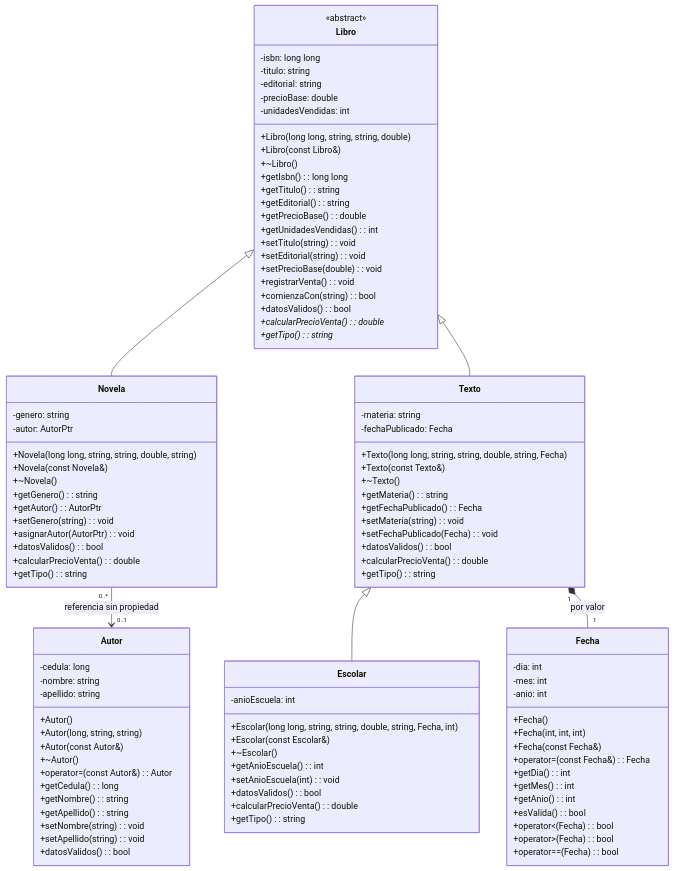
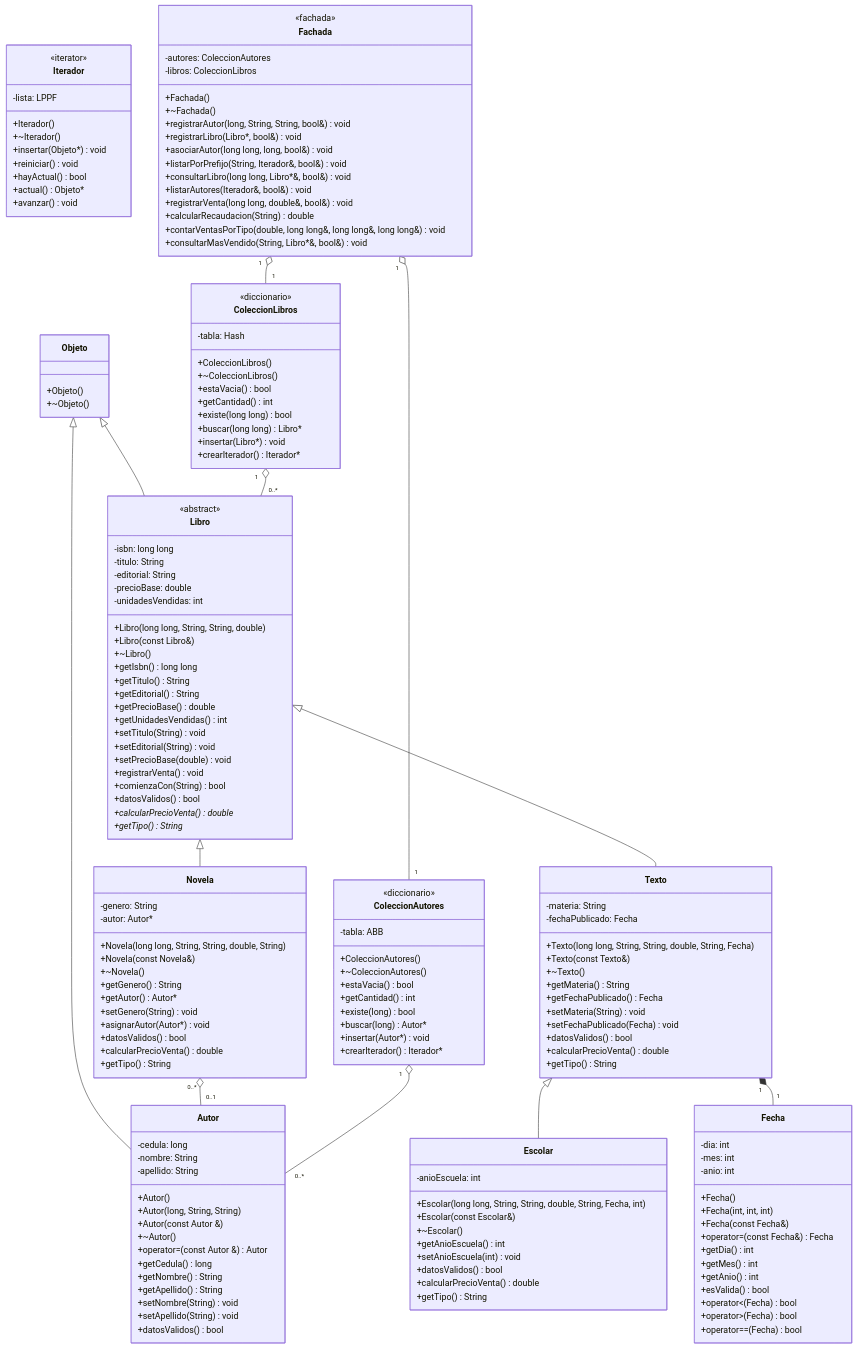
The second of 2 diagrams in README.md (matiasmirenda/ObligatorioP4), drawn with Mermaid before and after one commit. The commit also changed other lines of this file, not shown here.

````diff
--- a/README.md
+++ b/README.md
@@ -81,84 +212,88 @@
 ```mermaid
 classDiagram
     direction TB
+    class Objeto {
+        +Objeto()
+        +~Objeto()
+    }
     class Libro {
         <<abstract>>
         -isbn: long long
-        -titulo: string
-        -editorial: string
+        -titulo: String
+        -editorial: String
         -precioBase: double
         -unidadesVendidas: int
-        +Libro(long long, string, string, double)
+        +Libro(long long, String, String, double)
         +Libro(const Libro&)
         +~Libro()
-        +getIsbn(): long long
-        +getTitulo(): string
-        +getEditorial(): string
-        +getPrecioBase(): double
-        +getUnidadesVendidas(): int
-        +setTitulo(string): void
-        +setEditorial(string): void
-        +setPrecioBase(double): void
-        +registrarVenta(): void
-        +comienzaCon(string): bool
-        +datosValidos(): bool
-        +calcularPrecioVenta(): double*
-        +getTipo(): string*
+        +getIsbn() long long
+        +getTitulo() String
+        +getEditorial() String
+        +getPrecioBase() double
+        +getUnidadesVendidas() int
+        +setTitulo(String) void
+        +setEditorial(String) void
+        +setPrecioBase(double) void
+        +registrarVenta() void
+        +comienzaCon(String) bool
+        +datosValidos() bool
+        +calcularPrecioVenta()* double
+        +getTipo()* String
     }
     class Novela {
-        -genero: string
-        -autor: AutorPtr
-        +Novela(long long, string, string, double, string)
+        -genero: String
+        -autor: Autor#42;
+        +Novela(long long, String, String, double, String)
         +Novela(const Novela&)
         +~Novela()
-        +getGenero(): string
-        +getAutor(): AutorPtr
-        +setGenero(string): void
-        +asignarAutor(AutorPtr): void
-        +datosValidos(): bool
-        +calcularPrecioVenta(): double
-        +getTipo(): string
+        +getGenero() String
+        +getAutor() Autor#42;
+        +setGenero(String) void
+        +asignarAutor(Autor#42;) void
+        +datosValidos() bool
+        +calcularPrecioVenta() double
+        +getTipo() String
     }
     class Texto {
-        -materia: string
+        -materia: String
         -fechaPublicado: Fecha
-        +Texto(long long, string, string, double, string, Fecha)
+        +Texto(long long, String, String, double, String, Fecha)
         +Texto(const Texto&)
         +~Texto()
-        +getMateria(): string
-        +getFechaPublicado(): Fecha
-        +setMateria(string): void
-        +setFechaPublicado(Fecha): void
-        +datosValidos(): bool
-        +calcularPrecioVenta(): double
-        +getTipo(): string
+        +getMateria() String
+        +getFechaPublicado() Fecha
+        +setMateria(String) void
+        +setFechaPublicado(Fecha) void
+        +datosValidos() bool
+        +calcularPrecioVenta() double
+        +getTipo() String
     }
     class Escolar {
         -anioEscuela: int
-        +Escolar(long long, string, string, double, string, Fecha, int)
+        +Escolar(long long, String, String, double, String, Fecha, int)
         +Escolar(const Escolar&)
         +~Escolar()
-        +getAnioEscuela(): int
-        +setAnioEscuela(int): void
-        +datosValidos(): bool
-        +calcularPrecioVenta(): double
-        +getTipo(): string
+        +getAnioEscuela() int
+        +setAnioEscuela(int) void
+        +datosValidos() bool
+        +calcularPrecioVenta() double
+        +getTipo() String
     }
     class Autor {
         -cedula: long
-        -nombre: string
-        -apellido: string
+        -nombre: String
+        -apellido: String
         +Autor()
-        +Autor(long, string, string)
-        +Autor(const Autor&)
+        +Autor(long, String, String)
+        +Autor(const Autor &)
         +~Autor()
-        +operator=(const Autor&): Autor
-        +getCedula(): long
-        +getNombre(): string
-        +getApellido(): string
-        +setNombre(string): void
-        +setApellido(string): void
-        +datosValidos(): bool
+        +operator=(const Autor &) Autor
+        +getCedula() long
+        +getNombre() String
+        +getApellido() String
+        +setNombre(String) void
+        +setApellido(String) void
+        +datosValidos() bool
     }
     class Fecha {
         -dia: int
@@ -167,18 +302,76 @@
         +Fecha()
         +Fecha(int, int, int)
         +Fecha(const Fecha&)
-        +operator=(const Fecha&): Fecha
-        +getDia(): int
-        +getMes(): int
-        +getAnio(): int
-        +esValida(): bool
-        +operator<(Fecha): bool
-        +operator>(Fecha): bool
-        +operator==(Fecha): bool
+        +operator=(const Fecha&) Fecha
+        +getDia() int
+        +getMes() int
+        +getAnio() int
+        +esValida() bool
+        +operator<(Fecha) bool
+        +operator>(Fecha) bool
+        +operator==(Fecha) bool
     }
+    class ColeccionLibros {
+        <<diccionario>>
+        -tabla: Hash
+        +ColeccionLibros()
+        +~ColeccionLibros()
+        +estaVacia() bool
+        +getCantidad() int
+        +existe(long long) bool
+        +buscar(long long) Libro#42;
+        +insertar(Libro#42;) void
+        +crearIterador() Iterador#42;
+    }
+    class ColeccionAutores {
+        <<diccionario>>
+        -tabla: ABB
+        +ColeccionAutores()
+        +~ColeccionAutores()
+        +estaVacia() bool
+        +getCantidad() int
+        +existe(long) bool
+        +buscar(long) Autor#42;
+        +insertar(Autor#42;) void
+        +crearIterador() Iterador#42;
+    }
+    class Iterador {
+        <<iterator>>
+        -lista: LPPF
+        +Iterador()
+        +~Iterador()
+        +insertar(Objeto#42;) void
+        +reiniciar() void
+        +hayActual() bool
+        +actual() Objeto#42;
+        +avanzar() void
+    }
+    class Fachada {
+        <<fachada>>
+        -autores: ColeccionAutores
+        -libros: ColeccionLibros
+        +Fachada()
+        +~Fachada()
+        +registrarAutor(long, String, String, bool&) void
+        +registrarLibro(Libro#42;, bool&) void
+        +asociarAutor(long long, long, bool&) void
+        +listarPorPrefijo(String, Iterador&, bool&) void
+        +consultarLibro(long long, Libro#42;&, bool&) void
+        +listarAutores(Iterador&, bool&) void
+        +registrarVenta(long long, double&, bool&) void
+        +calcularRecaudacion(String) double
+        +contarVentasPorTipo(double, long long&, long long&, long long&) void
+        +consultarMasVendido(String, Libro#42;&, bool&) void
+    }
+    Objeto <|-- Libro
+    Objeto <|-- Autor
     Libro <|-- Novela
     Libro <|-- Texto
     Texto <|-- Escolar
-    Novela "0..*" --> "0..1" Autor : referencia sin propiedad
-    Texto "1" *-- "1" Fecha : por valor
+    Novela "0..*" o-- "0..1" Autor
+    Texto "1" *-- "1" Fecha
+    ColeccionLibros "1" o-- "0..*" Libro
+    ColeccionAutores "1" o-- "0..*" Autor
+    Fachada "1" o-- "1" ColeccionLibros
+    Fachada "1" o-- "1" ColeccionAutores
 ```
````
